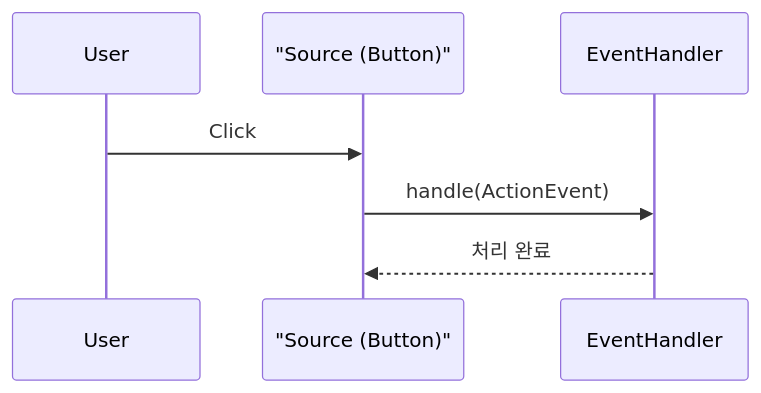
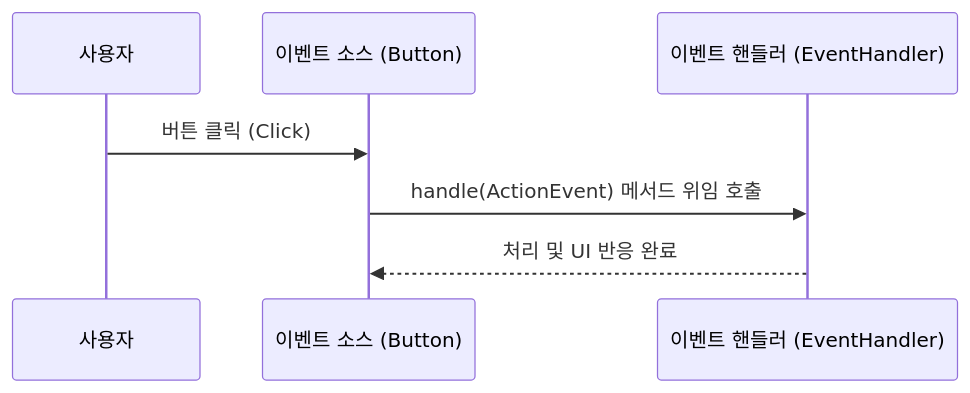
One commit to jinydev/java changed the diagram in src/gui/3.javafx/05_javafx_event_handling/index.md. Above: the diagram before and after it, drawn with Mermaid. The commit also changed other lines of this file and 42 other files, not shown here.

````diff
--- a/src/gui/3.javafx/05_javafx_event_handling/index.md
+++ b/src/gui/3.javafx/05_javafx_event_handling/index.md
@@ -117,10 +21,10 @@
 ```mermaid
 sequenceDiagram
-    participant User
-    participant Button as "Source (Button)"
-    participant Handler as EventHandler
+    participant User as 사용자
+    participant Button as 이벤트 소스 (Button)
+    participant Handler as 이벤트 핸들러 (EventHandler)
     
-    User->>Button: Click
-    Button->>Handler: handle(ActionEvent)
-    Handler-->>Button: 처리 완료
+    User->>Button: 버튼 클릭 (Click)
+    Button->>Handler: handle(ActionEvent) 메서드 위임 호출
+    Handler-->>Button: 처리 및 UI 반응 완료
 ```
````
